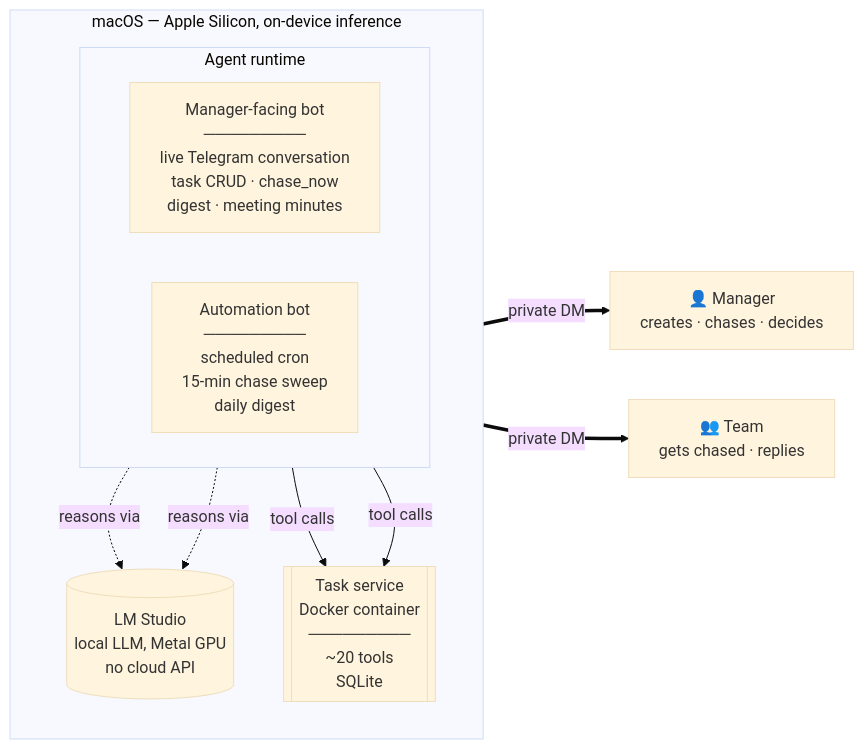
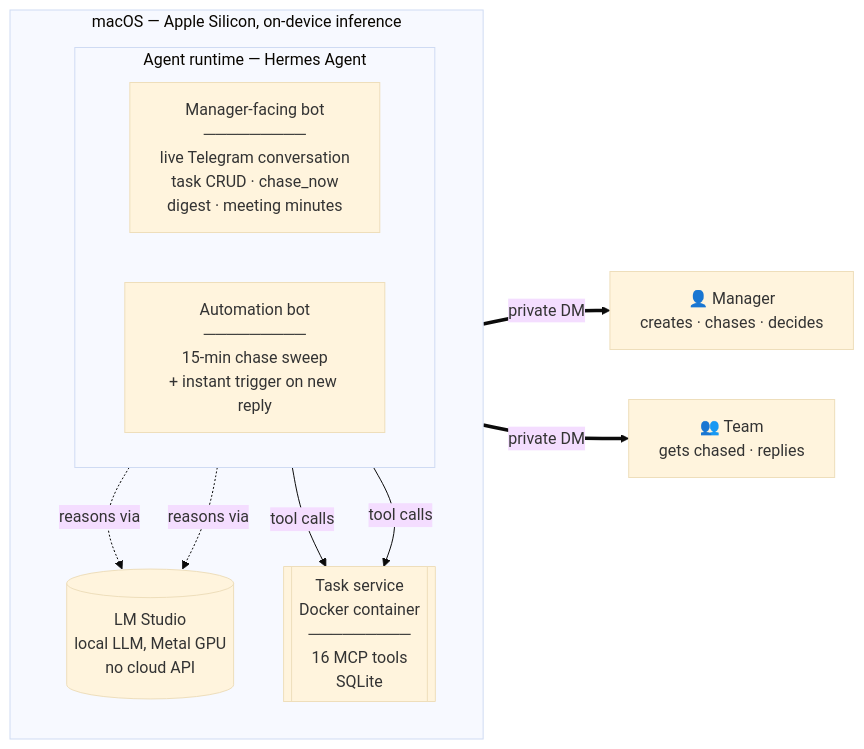
Before and after one commit to harryruibinyeo/PM_Assistant: the diagram in README.md, drawn with Mermaid (base theme). The commit also changed other lines of this file and 4 other files, not shown here.

First line of the commit message:
Add portfolio-grade documentation: architecture, MCP tools, AI tooling

````diff
--- a/README.md
+++ b/README.md
@@ -37,23 +44,23 @@
 ```mermaid
 flowchart LR
     subgraph host["macOS — Apple Silicon, on-device inference"]
         direction TB
         LM[("LM Studio<br/>local LLM, Metal GPU<br/>no cloud API")]
 
-        subgraph agents["Agent runtime"]
+        subgraph agents["Agent runtime — Hermes Agent"]
             direction LR
             TMB["Manager-facing bot<br/>─────────<br/>live Telegram conversation<br/>task CRUD · chase_now<br/>digest · meeting minutes"]
-            PCB["Automation bot<br/>─────────<br/>scheduled cron<br/>15-min chase sweep<br/>daily digest"]
+            PCB["Automation bot<br/>─────────<br/>15-min chase sweep<br/>+ instant trigger on new reply"]
         end
 
-        MCP[["Task service<br/>Docker container<br/>─────────<br/>~20 tools<br/>SQLite"]]
+        MCP[["Task service<br/>Docker container<br/>─────────<br/>16 MCP tools<br/>SQLite"]]
 
         TMB -. reasons via .-> LM
         PCB -. reasons via .-> LM
         TMB -->|tool calls| MCP
         PCB -->|tool calls| MCP
     end
 
     TMB ==>|private DM| MGR["👤 Manager<br/>creates · chases · decides"]
     MCP ==>|private DM| EMP["👥 Team<br/>gets chased · replies"]
 ```
````
